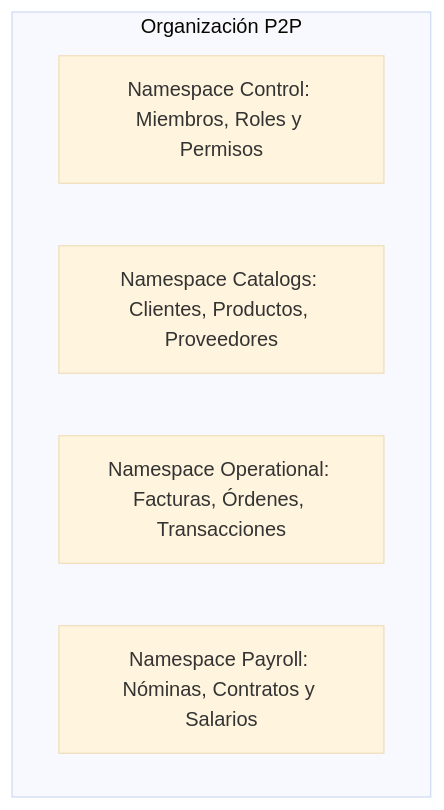
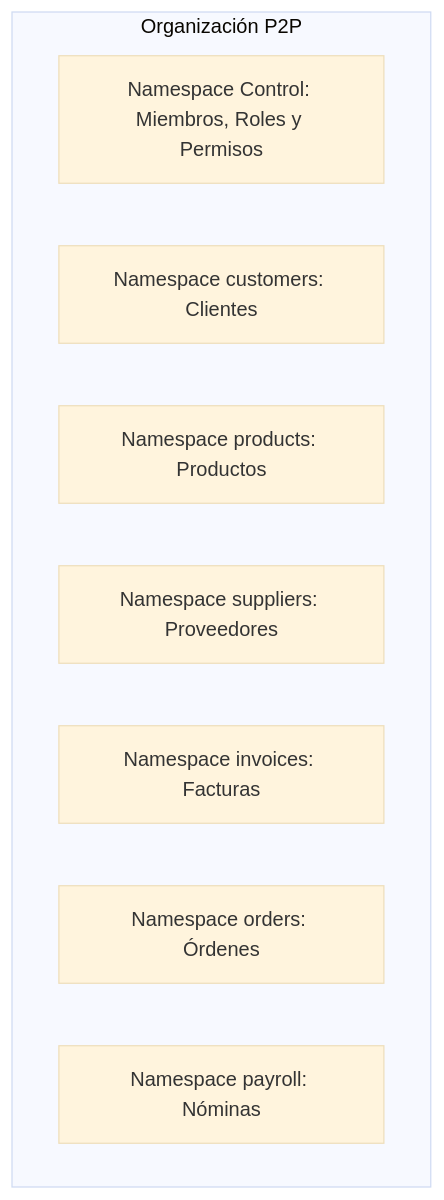
Before and after one commit to royalcala/syntrix-monorepo: the first of 2 diagrams in apps/docs/src/content/docs/arquitectura/namespaces.md, drawn with Mermaid (base theme). The commit also changed other lines of this file and 21 other files, not shown here.

````diff
--- a/apps/docs/src/content/docs/arquitectura/namespaces.md
+++ b/apps/docs/src/content/docs/arquitectura/namespaces.md
@@ -16,9 +16,12 @@
 ```mermaid
 graph TD
     subgraph Organización P2P
         A[Namespace Control: Miembros, Roles y Permisos]
-        B[Namespace Catalogs: Clientes, Productos, Proveedores]
-        C[Namespace Operational: Facturas, Órdenes, Transacciones]
-        D[Namespace Payroll: Nóminas, Contratos y Salarios]
+        B[Namespace customers: Clientes]
+        C[Namespace products: Productos]
+        D[Namespace suppliers: Proveedores]
+        E[Namespace invoices: Facturas]
+        F[Namespace orders: Órdenes]
+        G[Namespace payroll: Nóminas]
     end
 ```
````
